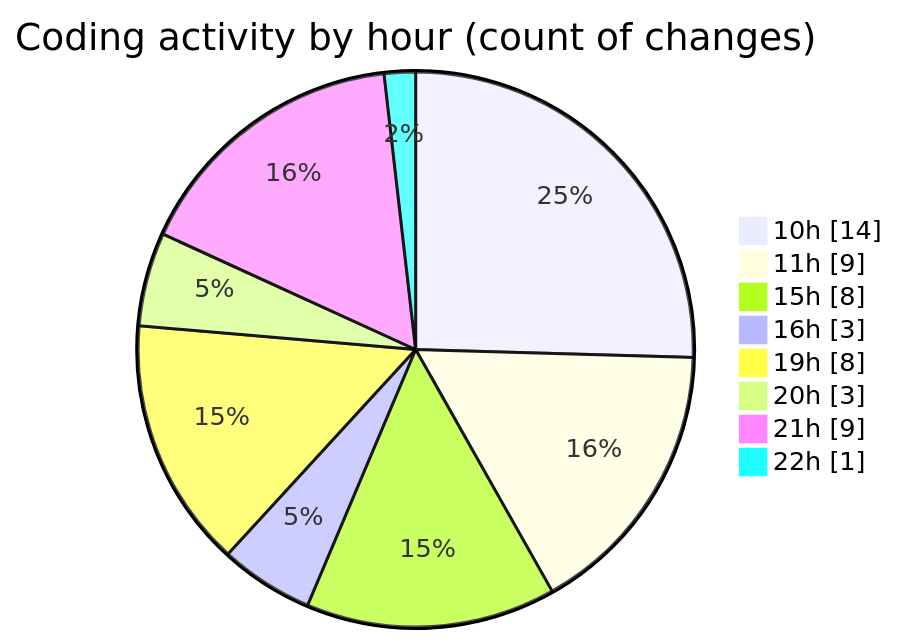
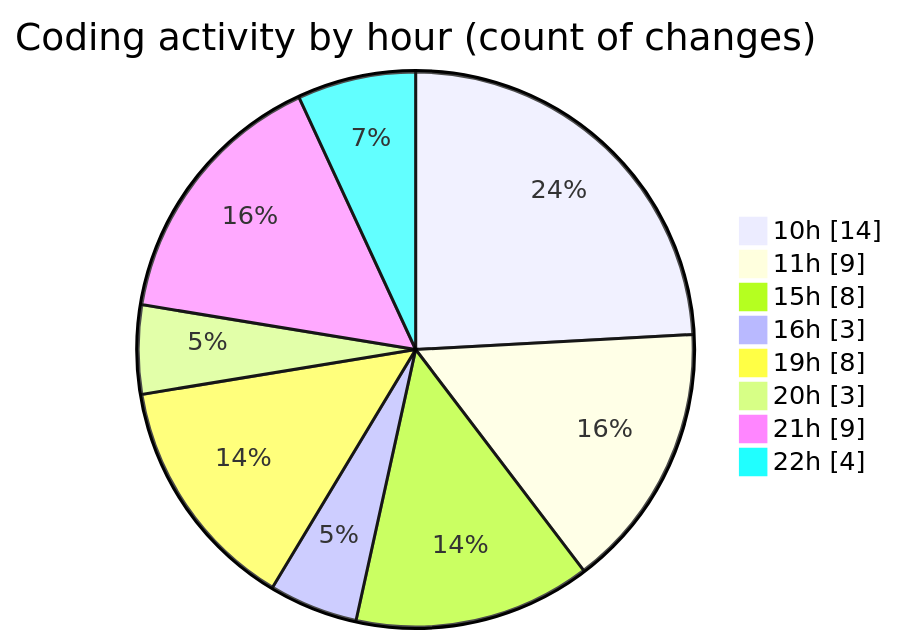
Before and after one commit to Elitesun/code-tracking: the second of 2 diagrams in 2025-02-08/react_ecom/README.md, drawn with Mermaid. The commit also changed other lines of this file and 1 other file, not shown here.

````diff
--- a/2025-02-08/react_ecom/README.md
+++ b/2025-02-08/react_ecom/README.md
@@ -39,12 +39,12 @@
 ```mermaid
 pie showData
 title Coding activity by hour (count of changes)
 "10h" : 14
 "11h" : 9
 "15h" : 8
 "16h" : 3
 "19h" : 8
 "20h" : 3
 "21h" : 9
-"22h" : 1
+"22h" : 4
 ```
````
